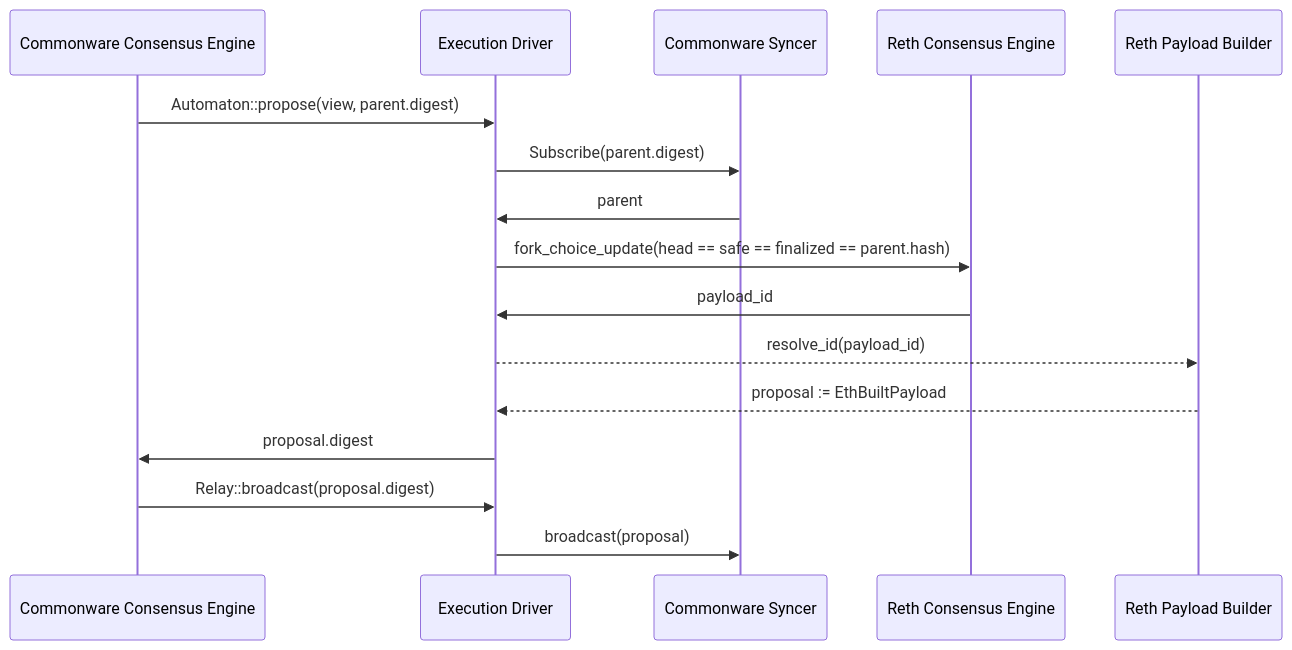
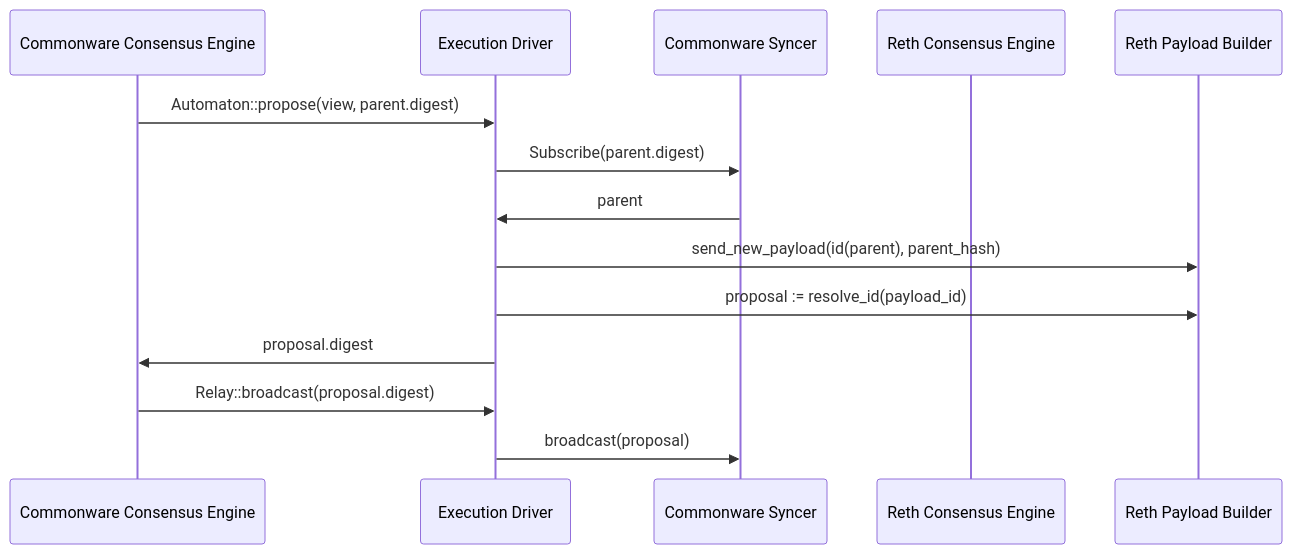
One commit to tempoxyz/tempo changed the second of 4 diagrams in docs/commonware-reth-integration.md. Above: the diagram before and after it, drawn with Mermaid. The commit also changed other lines of this file and 1 other file, not shown here.

````diff
--- a/docs/commonware-reth-integration.md
+++ b/docs/commonware-reth-integration.md
@@ -74,19 +81,17 @@
 ```mermaid
 sequenceDiagram
   participant CL as Commonware Consensus Engine
   participant ED as Execution Driver
   participant SY as Commonware Syncer
   participant EE as Reth Consensus Engine
   participant EB as Reth Payload Builder
 
   CL->>ED: Automaton::propose(view, parent.digest)
   ED->>SY: Subscribe(parent.digest)
   SY->>ED: parent
-  ED->>EE: fork_choice_update(head == safe == finalized == parent.hash)
-  EE->>ED: payload_id
-  ED-->>EB: resolve_id(payload_id)
-  EB-->>ED: proposal := EthBuiltPayload
+  ED->>EB: send_new_payload(id(parent), parent_hash)
+  ED->>EB: proposal := resolve_id(payload_id)
   ED->>CL: proposal.digest
   CL->>ED: Relay::broadcast(proposal.digest)
   ED->>SY: broadcast(proposal)
 ```
````
